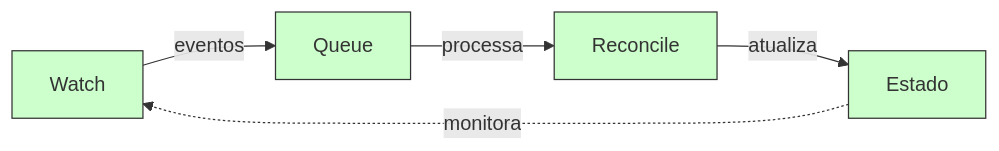
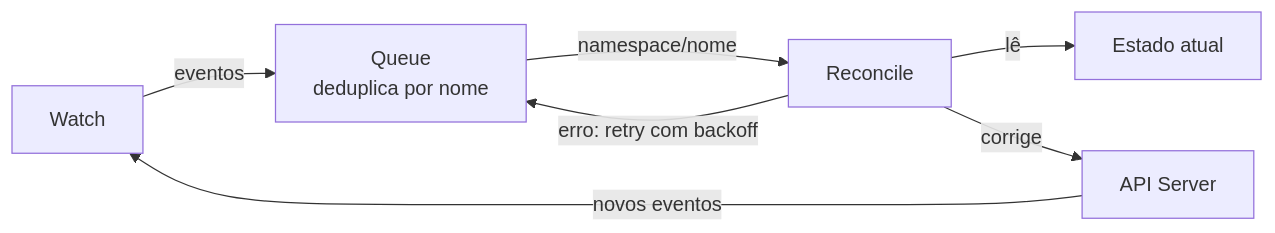
Before and after one commit to cloud104/tcloud-devops-k8s-operators-training: the second of 3 diagrams in docs/01-conceitos-basicos.md, drawn with Mermaid. The commit also changed other lines of this file and 9 other files, not shown here.

First line of the commit message:
feat: atualiza lab do SampleApp para Kubebuilder 4.16 com chain, CEL e envtest

````diff
--- a/docs/01-conceitos-basicos.md
+++ b/docs/01-conceitos-basicos.md
@@ -451,10 +49,9 @@
 ```mermaid
 flowchart LR
-    WATCH["Watch"] -->|eventos| QUEUE["Queue"]
-    QUEUE -->|processa| RECONCILE["Reconcile"]
-    RECONCILE -->|atualiza| STATE["Estado"]
-    STATE -.->|monitora| WATCH
-    
-    classDef process fill:#ccffcc,stroke:#333
-    class WATCH,QUEUE,RECONCILE,STATE process
+    WATCH["Watch"] -->|eventos| QUEUE["Queue<br/>deduplica por nome"]
+    QUEUE -->|namespace/nome| RECONCILE["Reconcile"]
+    RECONCILE -->|lê| STATE["Estado atual"]
+    RECONCILE -->|corrige| API["API Server"]
+    API -->|novos eventos| WATCH
+    RECONCILE -->|erro: retry com backoff| QUEUE
 ```
````
